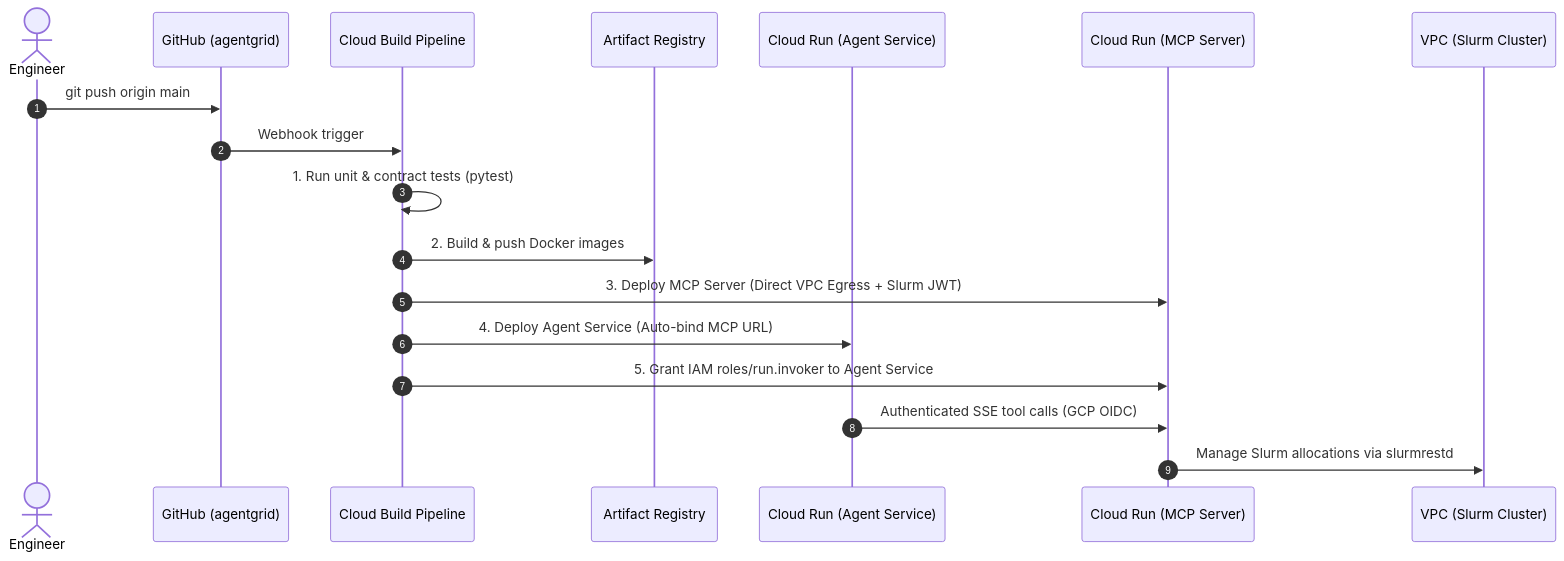
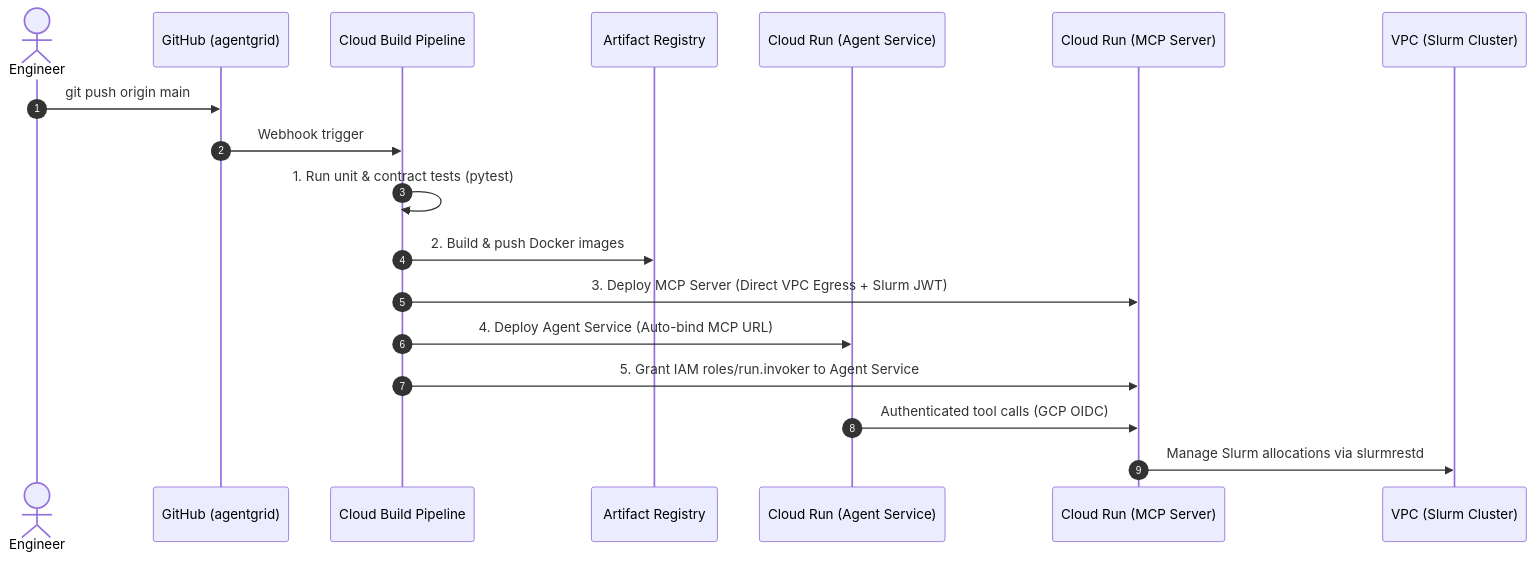
Before and after one commit to samy-fadel/agentgrid: the third of 3 diagrams in README.md, drawn with Mermaid. The commit also changed other lines of this file, not shown here.

````diff
--- a/README.md
+++ b/README.md
@@ -209,21 +238,21 @@
 ```mermaid
 sequenceDiagram
     autonumber
     actor Dev as Engineer
     participant GH as GitHub (agentgrid)
     participant CB as Cloud Build Pipeline
     participant AR as Artifact Registry
     participant CR_Agent as Cloud Run (Agent Service)
     participant CR_MCP as Cloud Run (MCP Server)
     participant VPC as VPC (Slurm Cluster)
 
     Dev->>GH: git push origin main
     GH->>CB: Webhook trigger
     CB->>CB: 1. Run unit & contract tests (pytest)
     CB->>AR: 2. Build & push Docker images
     CB->>CR_MCP: 3. Deploy MCP Server (Direct VPC Egress + Slurm JWT)
     CB->>CR_Agent: 4. Deploy Agent Service (Auto-bind MCP URL)
     CB->>CR_MCP: 5. Grant IAM roles/run.invoker to Agent Service
-    CR_Agent->>CR_MCP: Authenticated SSE tool calls (GCP OIDC)
+    CR_Agent->>CR_MCP: Authenticated tool calls (GCP OIDC)
     CR_MCP->>VPC: Manage Slurm allocations via slurmrestd
 ```
````
